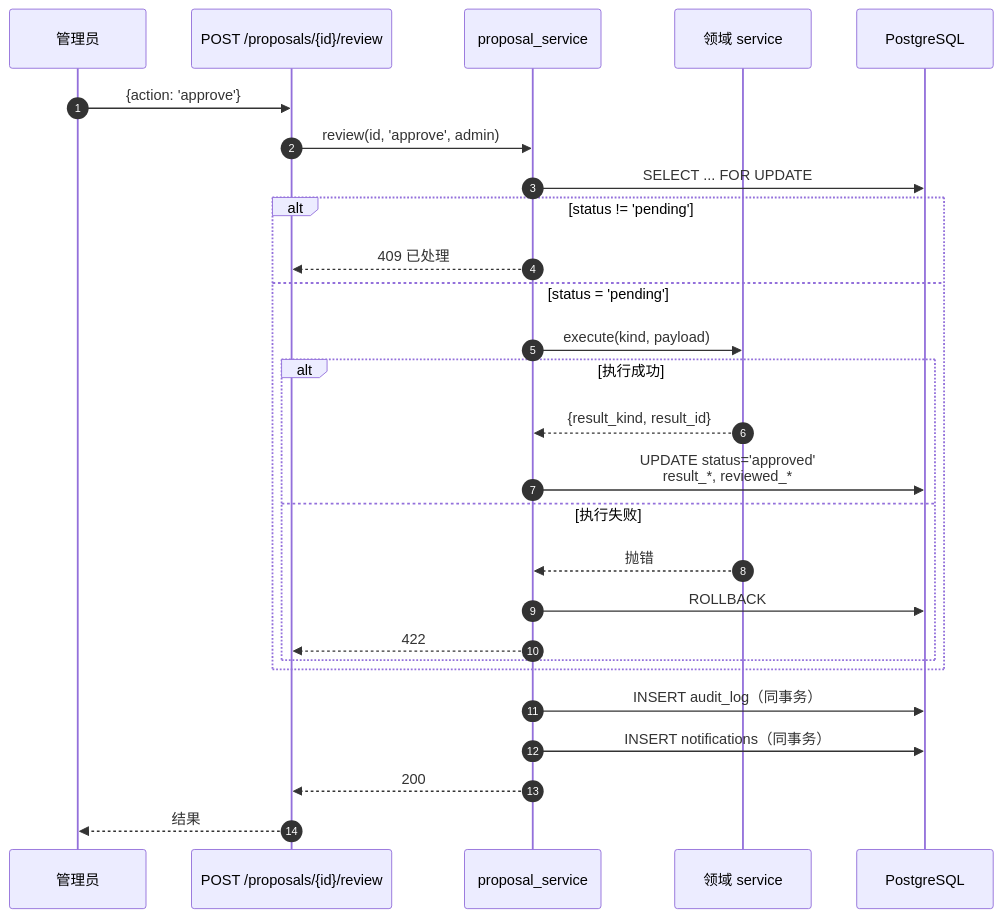
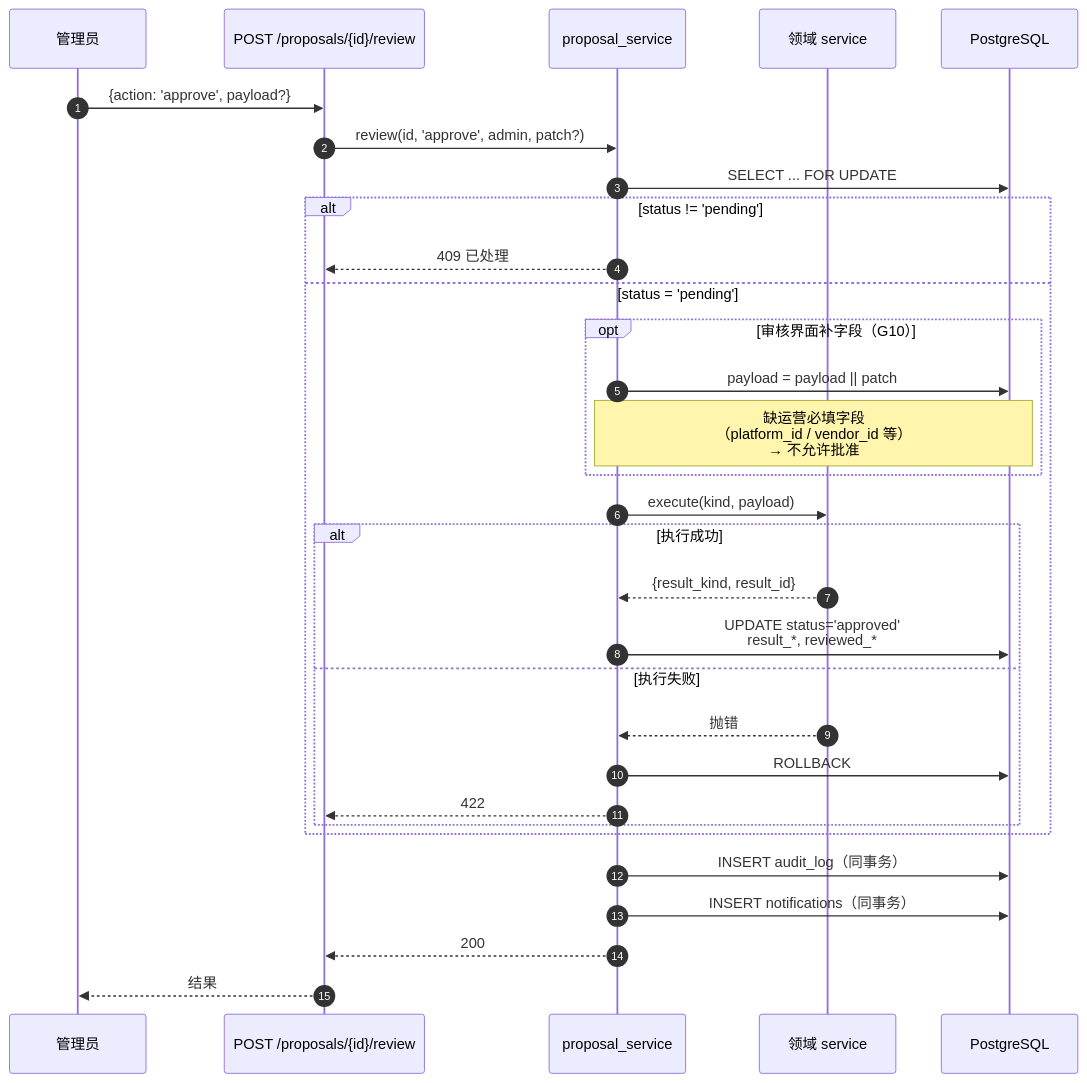
Before and after one commit to deepdemos/ds-demos-showcase: diagram 18 of 22 in docs/实体域UML图集.md, drawn with Mermaid. The commit also changed other lines of this file and 36 other files, not shown here.

````diff
--- a/docs/实体域UML图集.md
+++ b/docs/实体域UML图集.md
@@ -1008,30 +1394,34 @@
 ```mermaid
 sequenceDiagram
     autonumber
     participant A as 管理员
     participant API as POST /proposals/{id}/review
     participant S as proposal_service
     participant X as 领域 service
     participant DB as PostgreSQL
 
-    A->>API: {action: 'approve'}
-    API->>S: review(id, 'approve', admin)
+    A->>API: {action: 'approve', payload?}
+    API->>S: review(id, 'approve', admin, patch?)
     S->>DB: SELECT ... FOR UPDATE
     alt status != 'pending'
         S-->>API: 409 已处理
     else status = 'pending'
+        opt 审核界面补字段（G10）
+            S->>DB: payload = payload || patch
+            Note over S,DB: 缺运营必填字段<br/>（platform_id / vendor_id 等）<br/>→ 不允许批准
+        end
         S->>X: execute(kind, payload)
         alt 执行成功
             X-->>S: {result_kind, result_id}
             S->>DB: UPDATE status='approved'<br/>result_*, reviewed_*
         else 执行失败
             X-->>S: 抛错
             S->>DB: ROLLBACK
             S-->>API: 422
         end
     end
     S->>DB: INSERT audit_log（同事务）
     S->>DB: INSERT notifications（同事务）
     S-->>API: 200
     API-->>A: 结果
 ```
````
